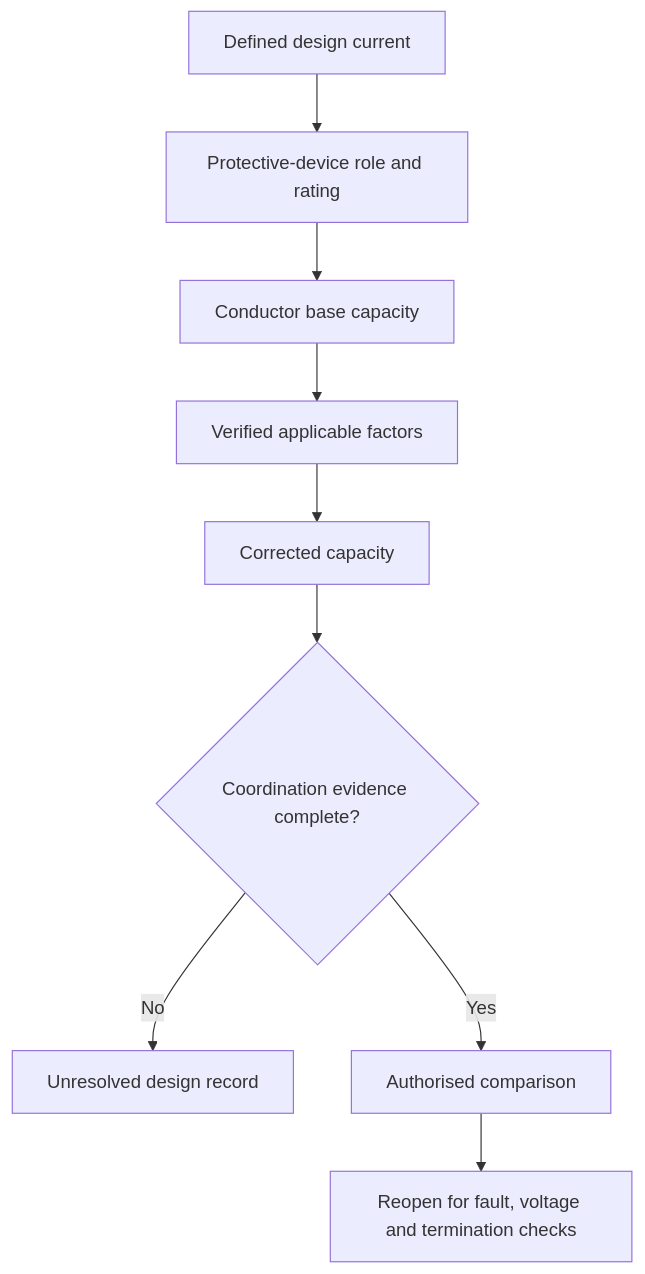
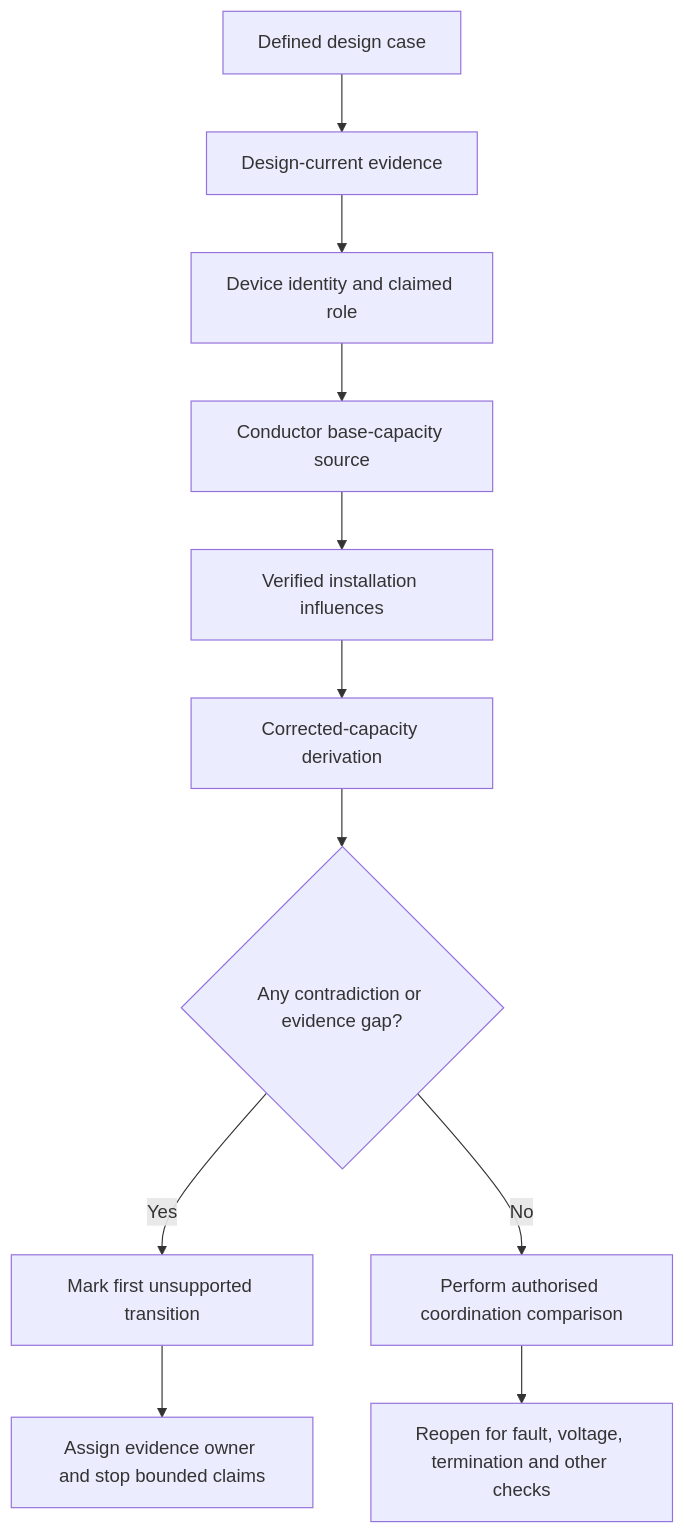
Before and after one commit to andrew3stedall/capstone: the first of 2 diagrams in docs/learning-plans/12-week/modules/day-23-design-current-protective-device-rating-and-conductor-capacity.md, drawn with Mermaid. The commit also changed other lines of this file, not shown here.

Commit message:
Improve Day 23 design coordination module

````diff
--- a/docs/learning-plans/12-week/modules/day-23-design-current-protective-device-rating-and-conductor-capacity.md
+++ b/docs/learning-plans/12-week/modules/day-23-design-current-protective-device-rating-and-conductor-capacity.md
@@ -78,11 +106,13 @@
 ```mermaid
 flowchart TD
-    A["Defined design current"] --> D["Protective-device role and rating"]
-    D --> C["Conductor base capacity"]
-    C --> F["Verified applicable factors"]
-    F --> Z["Corrected capacity"]
-    Z --> Q{"Coordination evidence complete?"}
-    Q -->|"No"| U["Unresolved design record"]
-    Q -->|"Yes"| V["Authorised comparison"]
-    V --> R["Reopen for fault, voltage and termination checks"]
+    A["Defined design case"] --> B["Design-current evidence"]
+    B --> C["Device identity and claimed role"]
+    C --> D["Conductor base-capacity source"]
+    D --> E["Verified installation influences"]
+    E --> F["Corrected-capacity derivation"]
+    F --> G{"Any contradiction or evidence gap?"}
+    G -->|"Yes"| H["Mark first unsupported transition"]
+    H --> I["Assign evidence owner and stop bounded claims"]
+    G -->|"No"| J["Perform authorised coordination comparison"]
+    J --> K["Reopen for fault, voltage, termination and other checks"]
 ```
````
